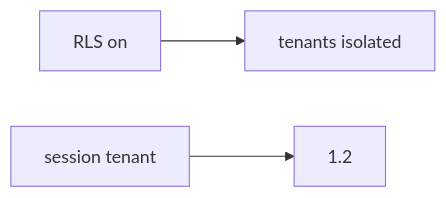
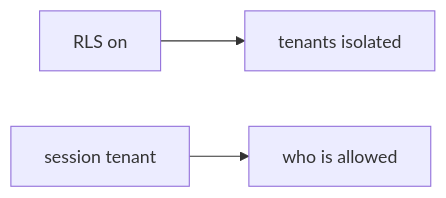
One commit to ishitvagoel/LearnSecurity changed the diagram in content/modules/e/E5/lessons/07-transfer.md. Above: the diagram before and after it, drawn with Mermaid. The commit also changed other lines of this file and 55 other files, not shown here.

````diff
--- a/content/modules/e/E5/lessons/07-transfer.md
+++ b/content/modules/e/E5/lessons/07-transfer.md
@@ -26,5 +18,5 @@
 ```mermaid
 flowchart LR
   Rls[RLS on] --> Belief[tenants isolated]
-  Bind[session tenant] --> Reality["1.2"]
+  Bind[session tenant] --> Reality["who is allowed"]
 ```
````
